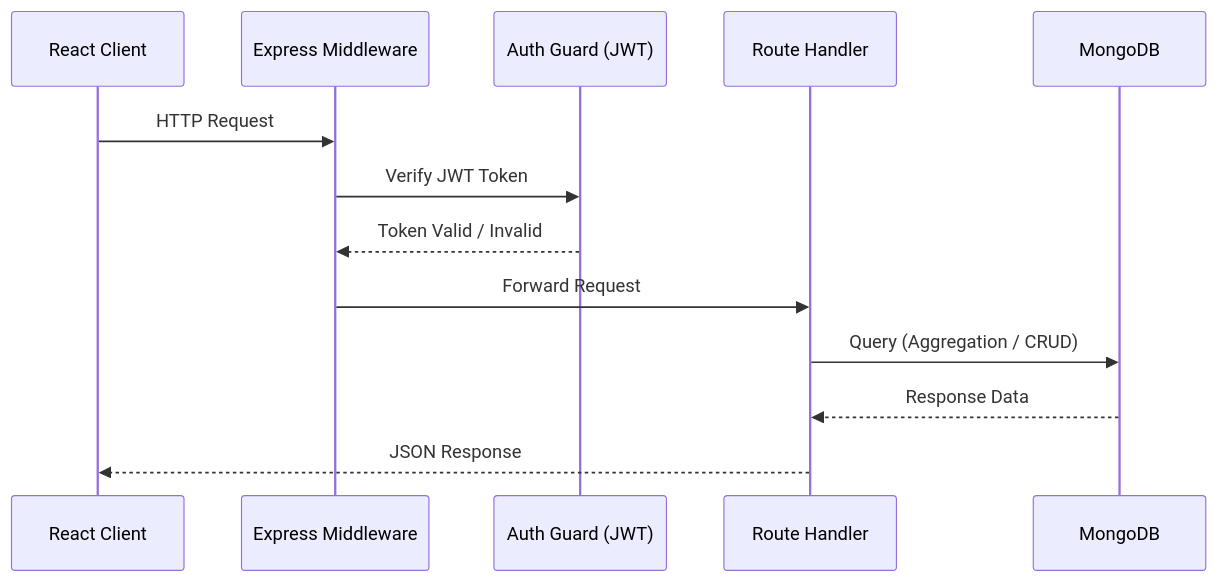
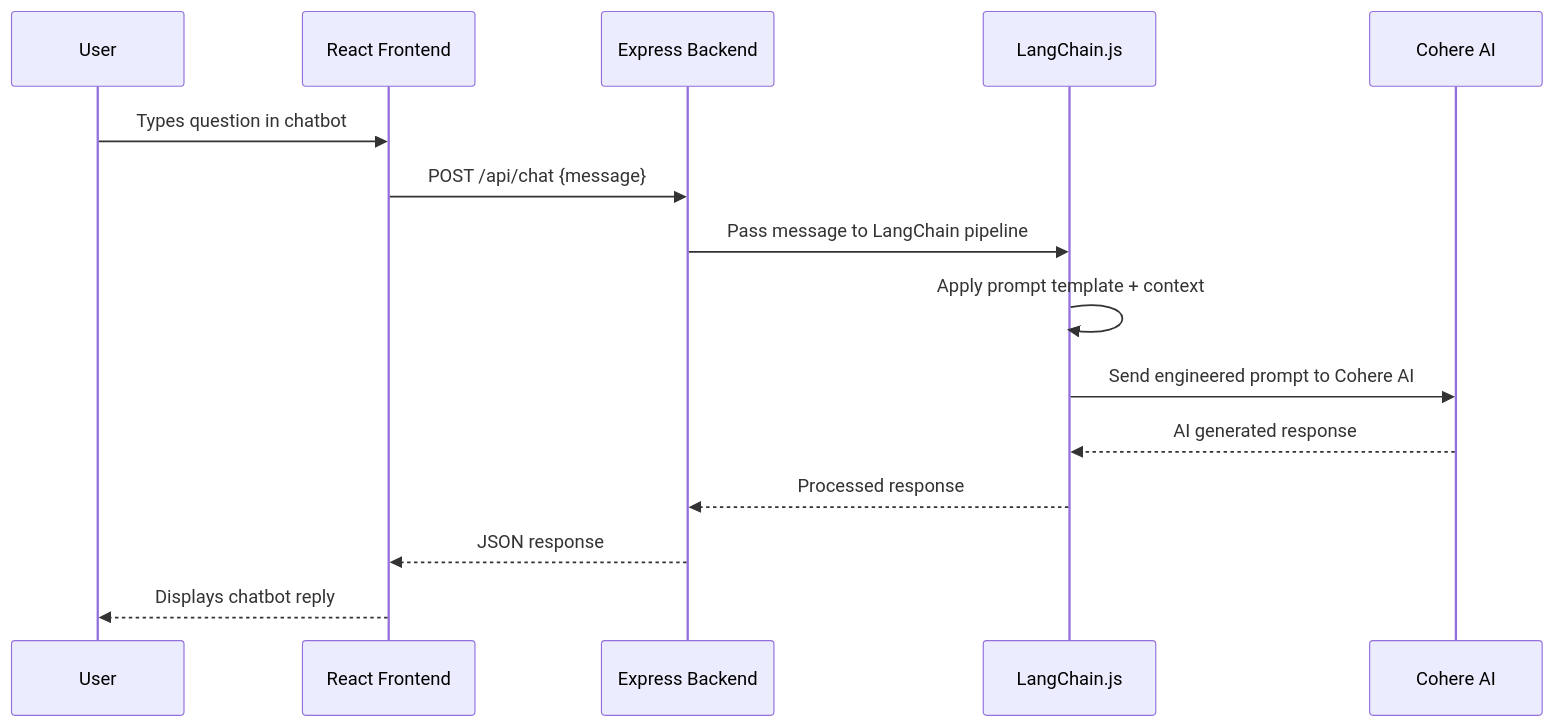
Before and after one commit to biplab-430/MERN-Ecomerce: the second of 4 diagrams in README.md, drawn with Mermaid. The commit also changed other lines of this file, not shown here.

````diff
--- a/README.md
+++ b/README.md
@@ -61,16 +98,18 @@
 ```mermaid
 sequenceDiagram
-    participant C as React Client
-    participant M as Express Middleware
-    participant A as Auth Guard (JWT)
-    participant R as Route Handler
-    participant DB as MongoDB
+    participant U as User
+    participant F as React Frontend
+    participant B as Express Backend
+    participant L as LangChain.js
+    participant C as Cohere AI
 
-    C->>M: HTTP Request
-    M->>A: Verify JWT Token
-    A-->>M: Token Valid / Invalid
-    M->>R: Forward Request
-    R->>DB: Query (Aggregation / CRUD)
-    DB-->>R: Response Data
-    R-->>C: JSON Response
+    U->>F: Types question in chatbot
+    F->>B: POST /api/chat {message}
+    B->>L: Pass message to LangChain pipeline
+    L->>L: Apply prompt template + context
+    L->>C: Send engineered prompt to Cohere AI
+    C-->>L: AI generated response
+    L-->>B: Processed response
+    B-->>F: JSON response
+    F-->>U: Displays chatbot reply
 ```
````
